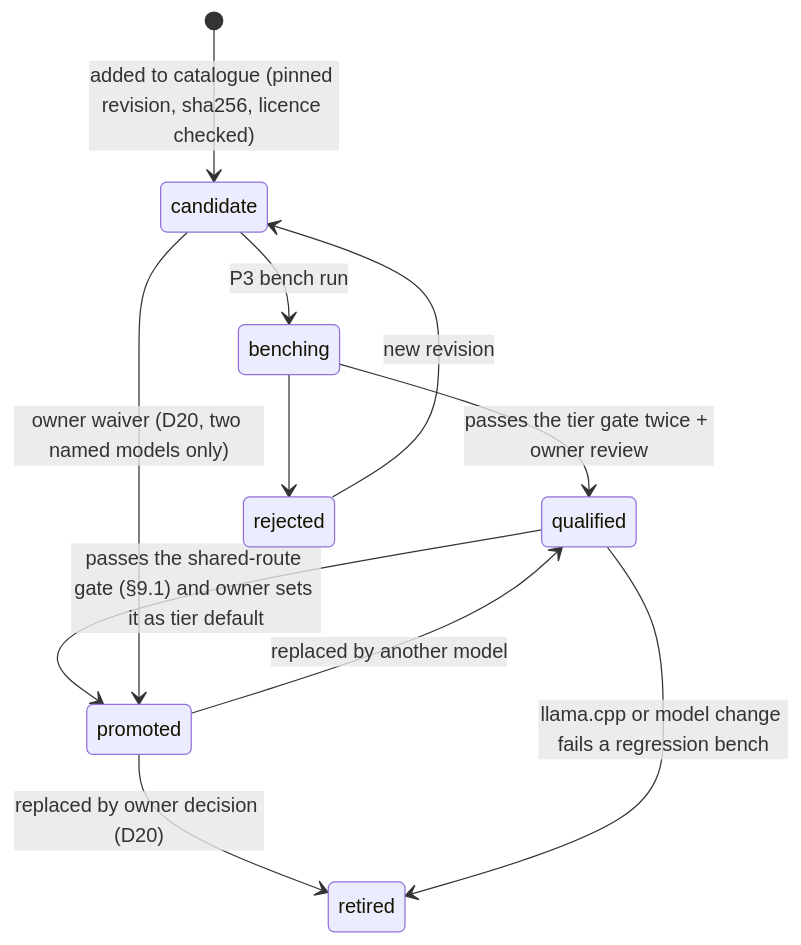
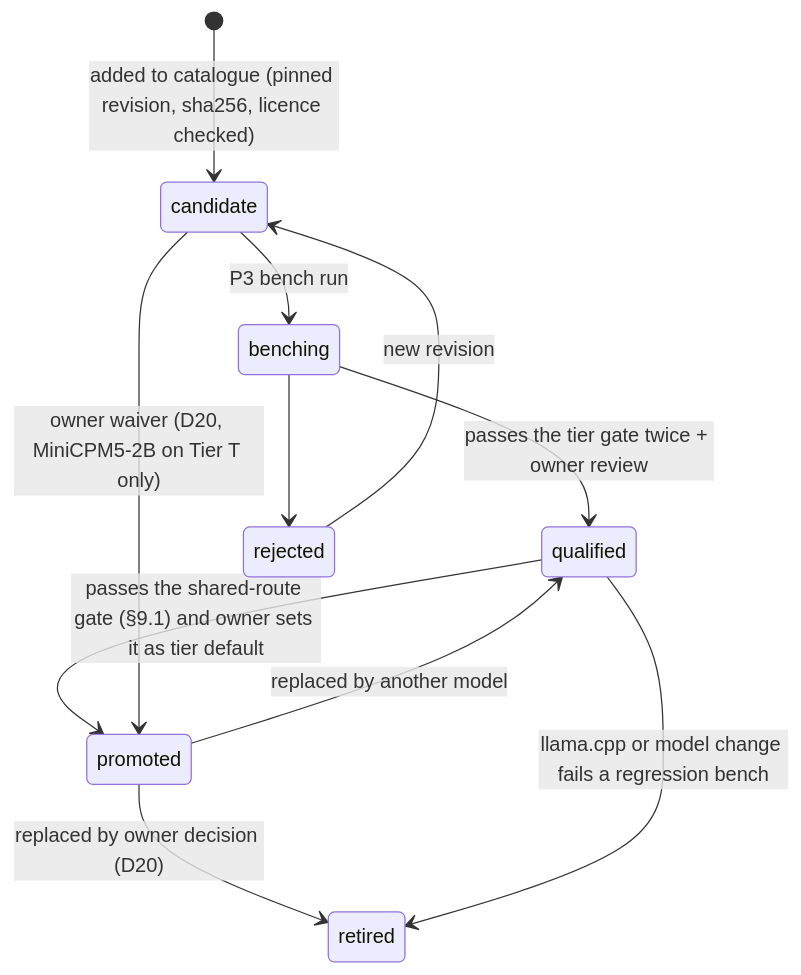
One commit to arvindsoni2/hatch changed the tenth of 10 diagrams in docs/implementation-specs/active/2026-10-22-coach-phase2-readiness-loop.md. Above: the diagram before and after it, drawn with Mermaid. The commit also changed other lines of this file, not shown here.

Commit message:
docs(coach): limit D20 promotion to MiniCPM on Tier T

````diff
--- a/docs/implementation-specs/active/2026-10-22-coach-phase2-readiness-loop.md
+++ b/docs/implementation-specs/active/2026-10-22-coach-phase2-readiness-loop.md
@@ -700,13 +700,13 @@
 ```mermaid
 stateDiagram-v2
   [*] --> candidate: added to catalogue (pinned revision, sha256, licence checked)
   candidate --> benching: P3 bench run
   benching --> qualified: passes the tier gate twice + owner review
   benching --> rejected
   qualified --> promoted: passes the shared-route gate (§9.1) and owner sets it as tier default
   promoted --> qualified: replaced by another model
-  candidate --> promoted: owner waiver (D20, two named models only)
+  candidate --> promoted: owner waiver (D20, MiniCPM5-2B on Tier T only)
   promoted --> retired: replaced by owner decision (D20)
   qualified --> retired: llama.cpp or model change fails a regression bench
   rejected --> candidate: new revision
 ```
````
